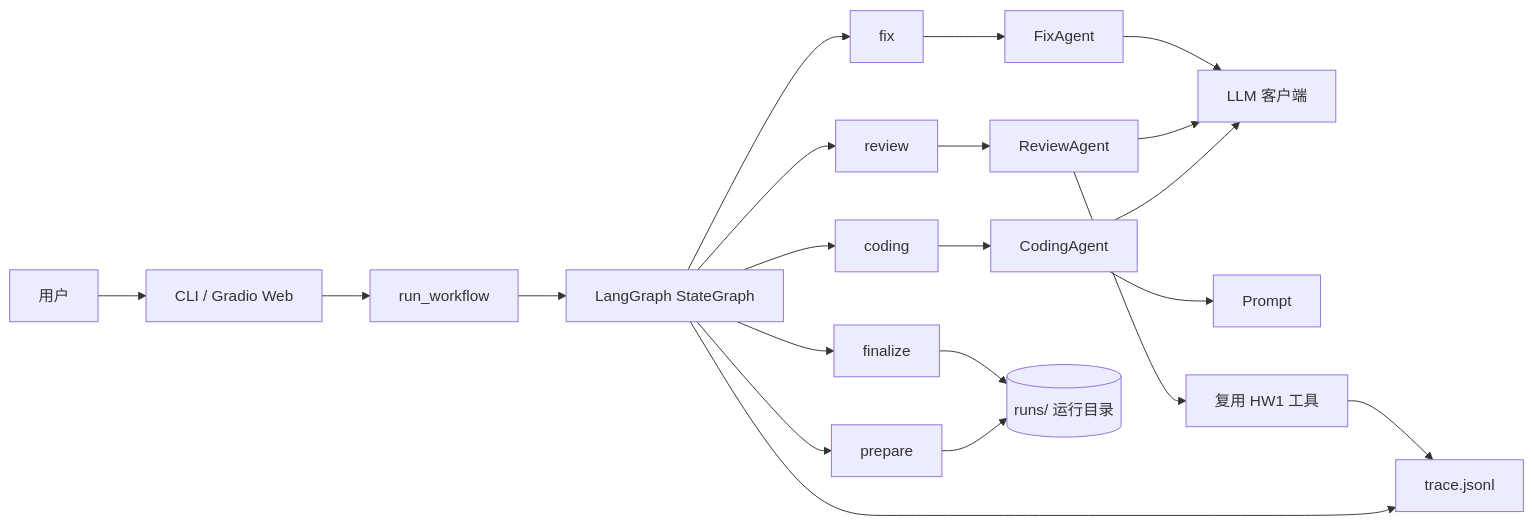
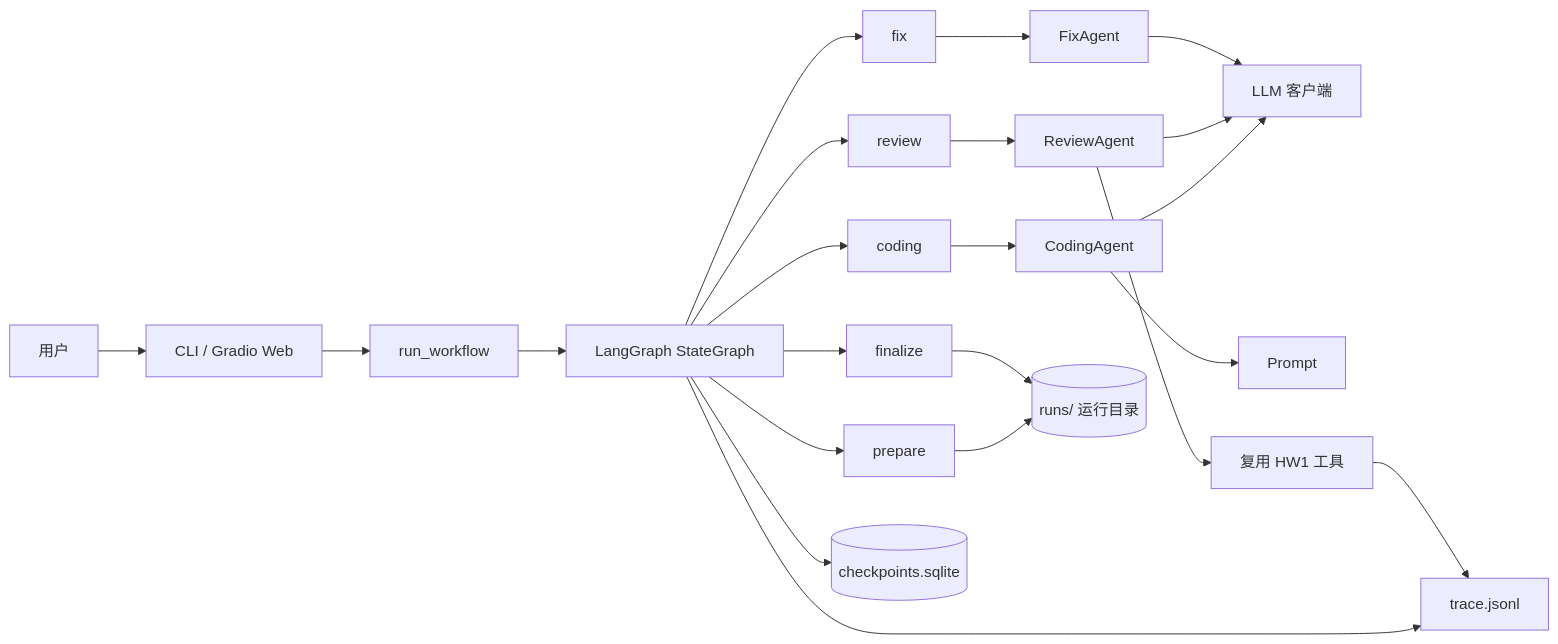
The first of 3 diagrams in homework2/Design.md (XXkingzyy/code-review-agent), drawn with Mermaid before and after one commit. The commit also changed other lines of this file and 2 other files, not shown here.

````diff
--- a/homework2/Design.md
+++ b/homework2/Design.md
@@ -28,23 +28,24 @@
 ```mermaid
 flowchart LR
     U[用户] --> UI[CLI / Gradio Web]
     UI --> W[run_workflow]
     W --> G[LangGraph StateGraph]
     G --> N1[prepare]
     G --> N2[coding]
     G --> N3[review]
     G --> N4[fix]
     G --> N5[finalize]
     N2 --> A1[CodingAgent]
     N3 --> A2[ReviewAgent]
     N4 --> A3[FixAgent]
     A1 --> L[LLM 客户端]
     A1 --> P[Prompt]
     A2 --> T[复用 HW1 工具]
     A2 --> L
     A3 --> L
     N1 --> D[(runs/ 运行目录)]
     N5 --> D
+    G --> CK[(checkpoints.sqlite)]
     G --> T2[trace.jsonl]
     T --> T2
 ```
````
